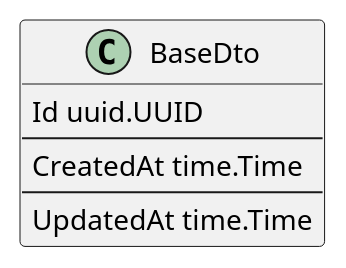
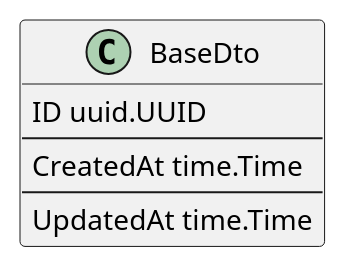
The diagram in docs/plantuml/dto/BaseDto.puml (lf-edge/rol), drawn with PlantUML before and after one commit. The commit also changed 5 other files, not shown here.

```diff
--- a/docs/plantuml/dto/BaseDto.puml
+++ b/docs/plantuml/dto/BaseDto.puml
@@ -1,11 +1,11 @@
 @startuml BaseDto
 
 class BaseDto {
-    Id uuid.UUID
+    ID uuid.UUID
     --
     CreatedAt time.Time
     --
     UpdatedAt time.Time
 }
 
 @enduml
```
